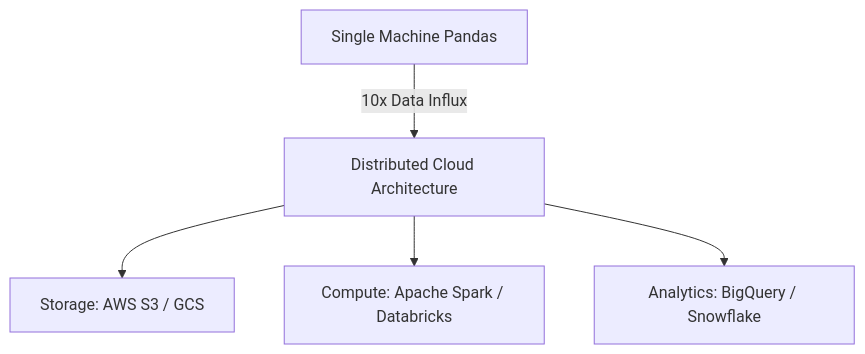
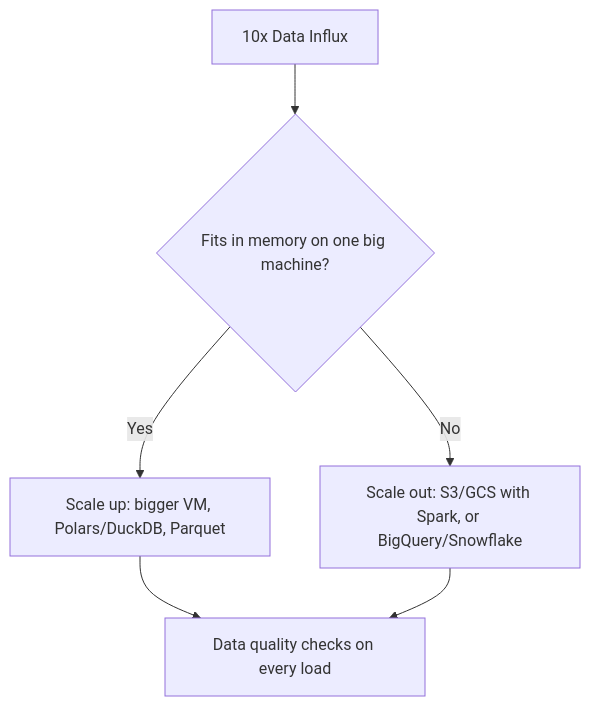
Before and after one commit to Web3Dev300/ai-journey: the fourth of 20 diagrams in 04_data_science/DATA_SCIENCE_ANSWERS.md, drawn with Mermaid. The commit also changed other lines of this file and 10 other files, not shown here.

````diff
--- a/04_data_science/DATA_SCIENCE_ANSWERS.md
+++ b/04_data_science/DATA_SCIENCE_ANSWERS.md
@@ -189,7 +325,8 @@
 ```mermaid
 flowchart TD
-    A[Single Machine Pandas] -->|10x Data Influx| B[Distributed Cloud Architecture]
-    B --> C[Storage: AWS S3 / GCS]
-    B --> D[Compute: Apache Spark / Databricks]
-    B --> E[Analytics: BigQuery / Snowflake]
+    A[10x Data Influx] --> B{"Fits in memory on one big machine?"}
+    B -->|Yes| C["Scale up: bigger VM, Polars/DuckDB, Parquet"]
+    B -->|No| D["Scale out: S3/GCS with Spark, or BigQuery/Snowflake"]
+    C --> E[Data quality checks on every load]
+    D --> E
 ```
````
